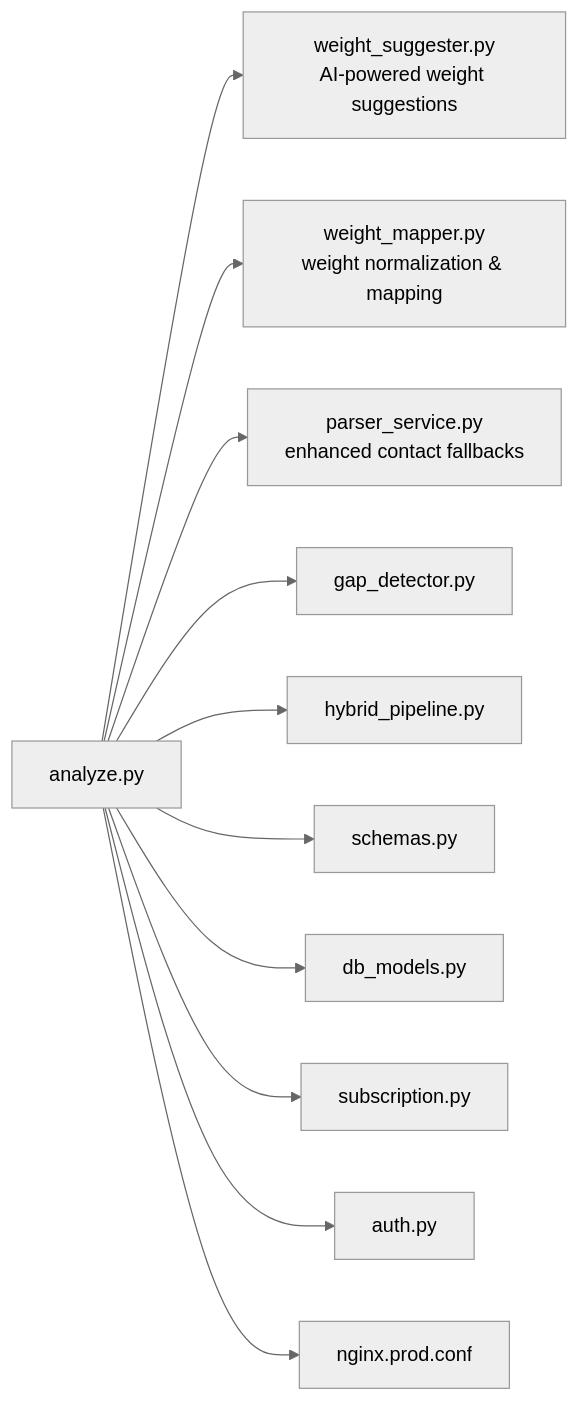
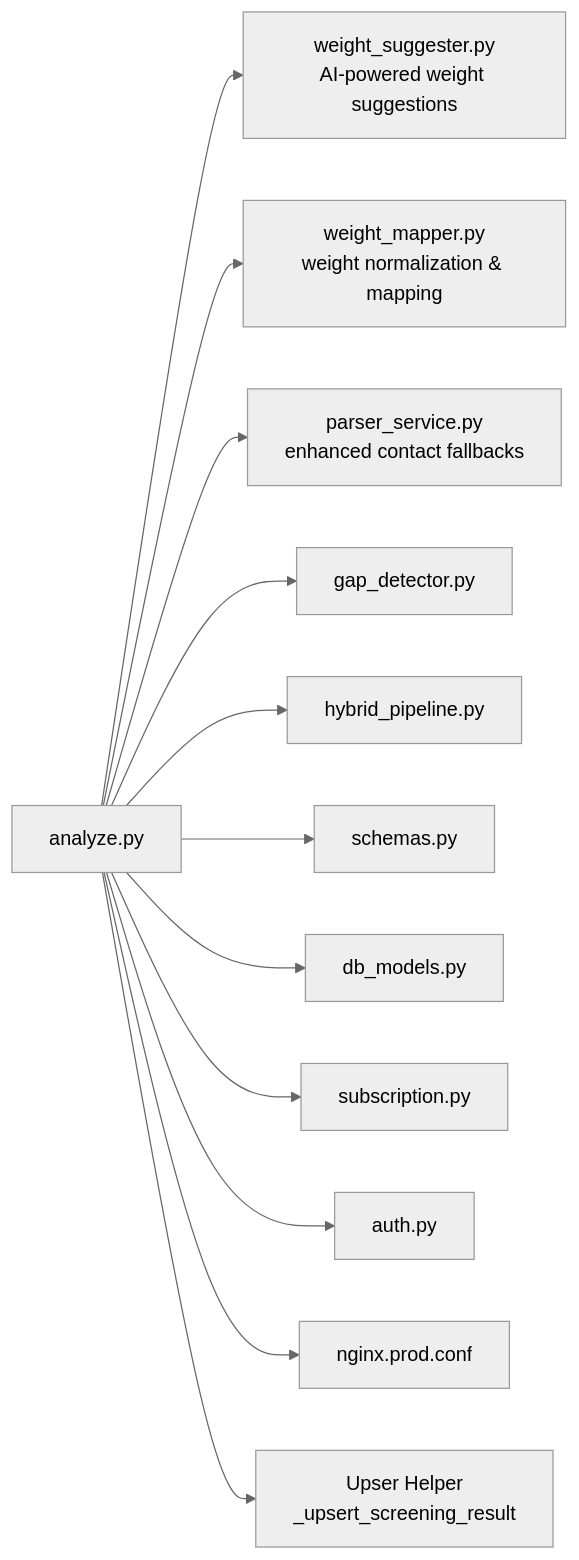
Before and after one commit to Revanththetalogics/aireume: the third of 3 diagrams in .qoder/repowiki/en/content/API Reference/Analysis Endpoints/Analysis Endpoints.md, drawn with Mermaid (neutral theme). The commit also changed other lines of this file and 12 other files, not shown here.

````diff
--- a/.qoder/repowiki/en/content/API Reference/Analysis Endpoints/Analysis Endpoints.md
+++ b/.qoder/repowiki/en/content/API Reference/Analysis Endpoints/Analysis Endpoints.md
@@ -610,24 +720,26 @@
 ```mermaid
 graph LR
 A["analyze.py"]
 WS["weight_suggester.py<br/>AI-powered weight suggestions"]
 WM["weight_mapper.py<br/>weight normalization & mapping"]
 P["parser_service.py<br/>enhanced contact fallbacks"]
 G["gap_detector.py"]
 H["hybrid_pipeline.py"]
 S["schemas.py"]
 M["db_models.py"]
 U["subscription.py"]
 T["auth.py"]
 N["nginx.prod.conf"]
+UP["Upser Helper<br/>_upsert_screening_result"]
 A --> WS
 A --> WM
 A --> P
 A --> G
 A --> H
 A --> S
 A --> M
 A --> U
 A --> T
 A --> N
+A --> UP
 ```
````
